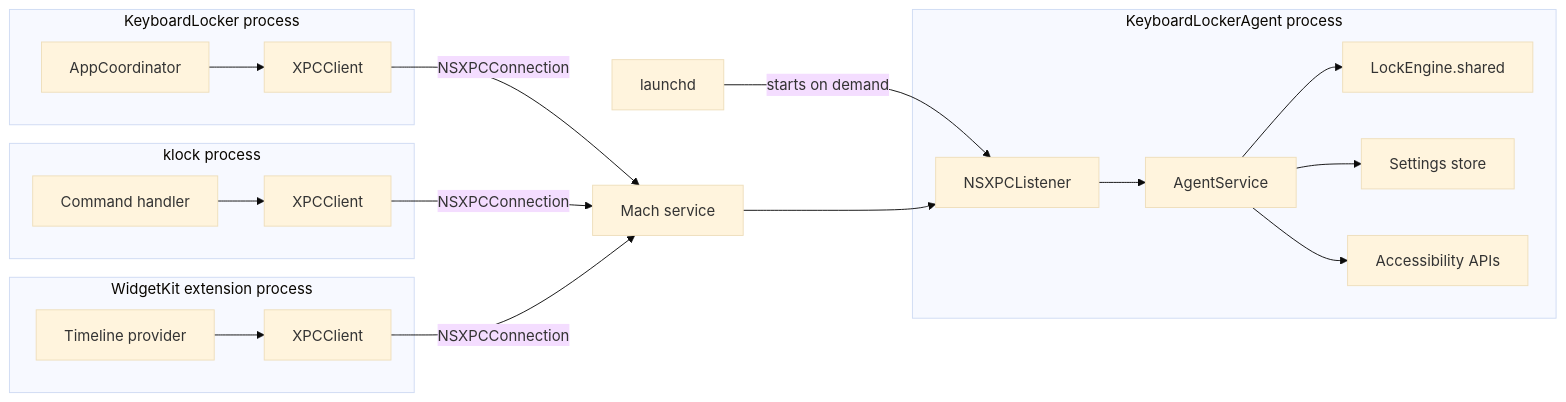
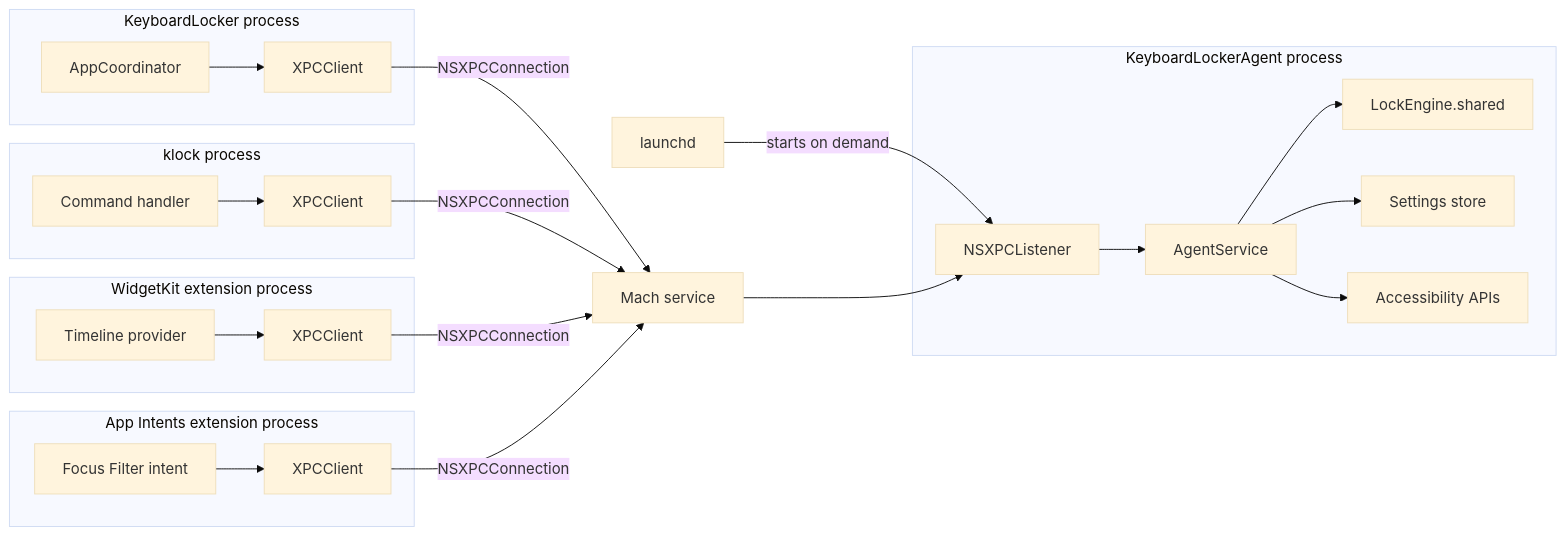
The first of 4 diagrams in docs/xpc.md (LZhenHong/KeyboardLocker), drawn with Mermaid (base theme) before and after one commit. The commit also changed other lines of this file and 12 other files, not shown here.

Commit message:
feat(focus): add keyboard lock focus filter

````diff
--- a/docs/xpc.md
+++ b/docs/xpc.md
@@ -61,27 +62,32 @@
 ```mermaid
 flowchart LR
   subgraph AppProcess["KeyboardLocker process"]
     AppCoordinator["AppCoordinator"] --> AppClient["XPCClient"]
   end
 
   subgraph CLIProcess["klock process"]
     CLI["Command handler"] --> CLIClient["XPCClient"]
   end
 
   subgraph WidgetProcess["WidgetKit extension process"]
     Timeline["Timeline provider"] --> WidgetClient["XPCClient"]
   end
 
+  subgraph FocusProcess["App Intents extension process"]
+    Focus["Focus Filter intent"] --> FocusClient["XPCClient"]
+  end
+
   AppClient -->|"NSXPCConnection"| Mach["Mach service"]
   CLIClient -->|"NSXPCConnection"| Mach
   WidgetClient -->|"NSXPCConnection"| Mach
+  FocusClient -->|"NSXPCConnection"| Mach
   subgraph AgentProcess["KeyboardLockerAgent process"]
     Listener["NSXPCListener"] --> AgentService["AgentService"]
     AgentService --> Engine["LockEngine.shared"]
     AgentService --> Settings["Settings store"]
     AgentService --> Accessibility["Accessibility APIs"]
   end
 
   Launchd["launchd"] -->|"starts on demand"| Listener
   Mach --> Listener
 ```
````
